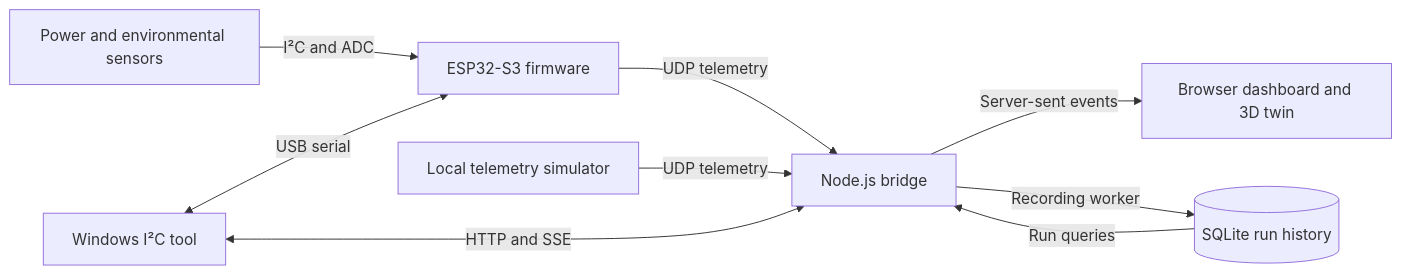
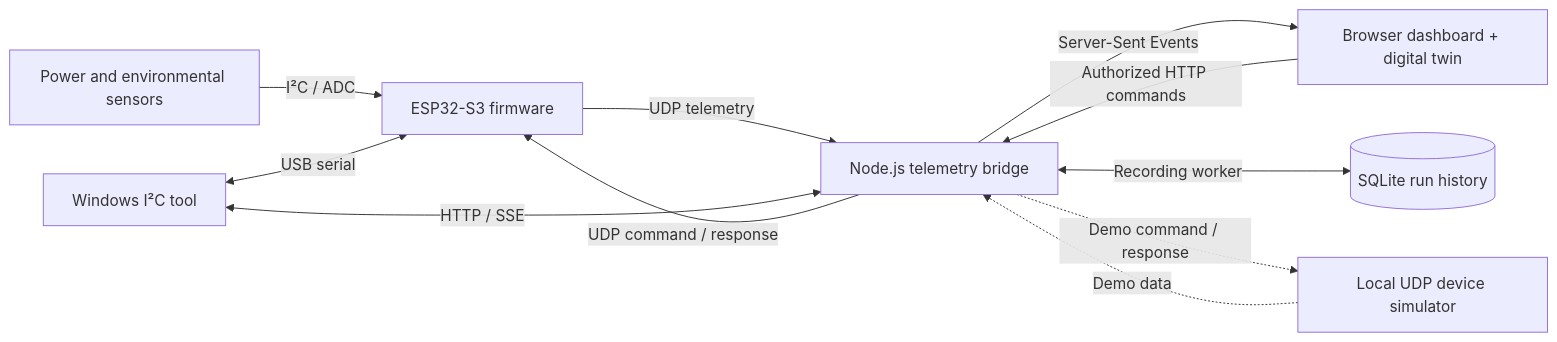
Before and after one commit to vtm5rdzv98-hub/Orbital-Address: the first of 2 diagrams in README.md, drawn with Mermaid. The commit also changed other lines of this file, not shown here.

````diff
--- a/README.md
+++ b/README.md
@@ -32,11 +80,13 @@
 ```mermaid
 flowchart LR
-    Sensors["Power and environmental sensors"] -->|I²C and ADC| ESP["ESP32-S3 firmware"]
-    ESP -->|UDP telemetry| Bridge["Node.js bridge"]
-    Sim["Local telemetry simulator"] -->|UDP telemetry| Bridge
-    Bridge -->|Server-sent events| Web["Browser dashboard and 3D twin"]
-    Bridge -->|Recording worker| DB[("SQLite run history")]
-    DB -->|Run queries| Bridge
-    Desktop["Windows I²C tool"] <-->|HTTP and SSE| Bridge
-    Desktop <-->|USB serial| ESP
+    Sensors["Power and environmental sensors"] -->|"I²C / ADC"| ESP["ESP32-S3 firmware"]
+    ESP -->|"UDP telemetry"| Bridge["Node.js telemetry bridge"]
+    Sim["Local UDP device simulator"] -.->|"Demo data"| Bridge
+    Bridge -->|"Server-Sent Events"| Web["Browser dashboard + digital twin"]
+    Bridge <-->|"Recording worker"| DB[("SQLite run history")]
+    Web -->|"Authorized HTTP commands"| Bridge
+    Bridge -->|"UDP command / response"| ESP
+    Bridge -.->|"Demo command / response"| Sim
+    Desktop["Windows I²C tool"] <-->|"HTTP / SSE"| Bridge
+    Desktop <-->|"USB serial"| ESP
 ```
````
